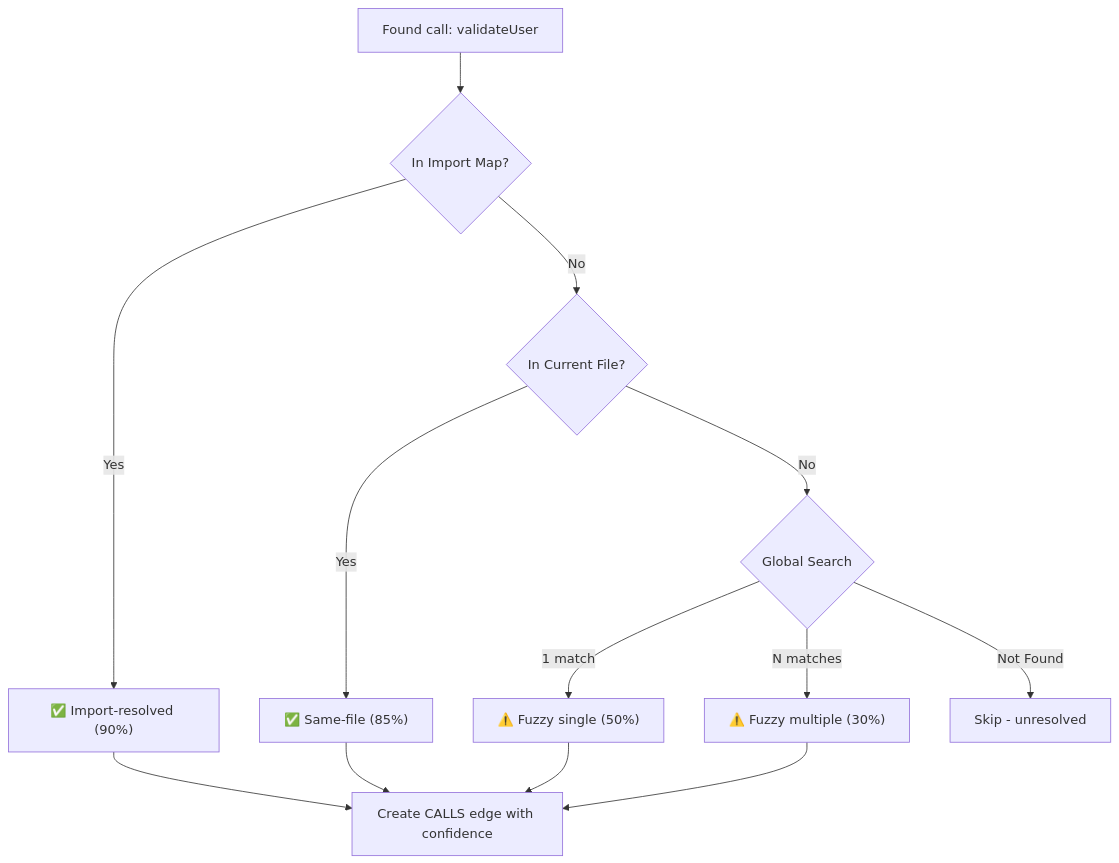
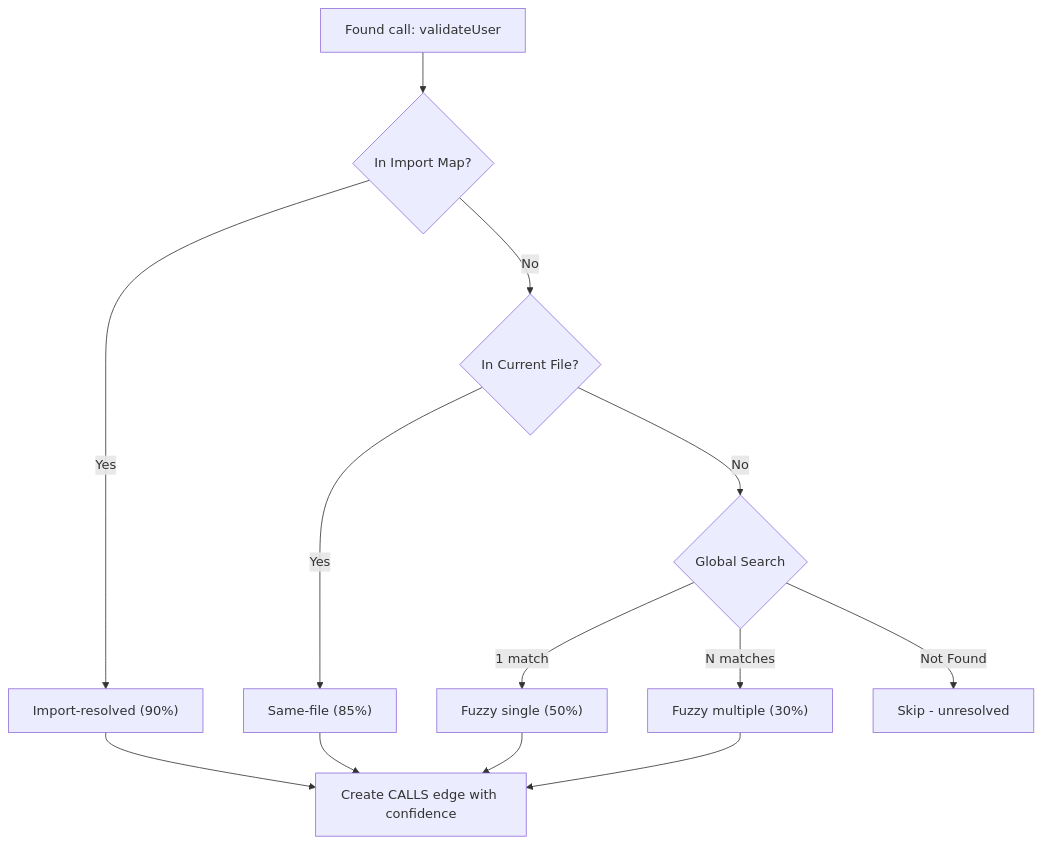
Before and after one commit to OliverNyx/NexusAI: the fourth of 6 diagrams in README.md, drawn with Mermaid. The commit also changed other lines of this file and 32 other files, not shown here.

````diff
--- a/README.md
+++ b/README.md
@@ -164,13 +342,13 @@
 ```mermaid
 flowchart TD
     CALL["Found call: validateUser"] --> CHECK1{"In Import Map?"}
-    CHECK1 -->|Yes| FOUND1["✅ Import-resolved (90%)"]
+    CHECK1 -->|Yes| FOUND1["Import-resolved (90%)"]
     CHECK1 -->|No| CHECK2{"In Current File?"}
-    CHECK2 -->|Yes| FOUND2["✅ Same-file (85%)"]
+    CHECK2 -->|Yes| FOUND2["Same-file (85%)"]
     CHECK2 -->|No| CHECK3{"Global Search"}
-    CHECK3 -->|1 match| FOUND3["⚠️ Fuzzy single (50%)"]
-    CHECK3 -->|N matches| FOUND4["⚠️ Fuzzy multiple (30%)"]
+    CHECK3 -->|1 match| FOUND3["Fuzzy single (50%)"]
+    CHECK3 -->|N matches| FOUND4["Fuzzy multiple (30%)"]
     CHECK3 -->|Not Found| SKIP["Skip - unresolved"]
-    
+
     FOUND1 & FOUND2 & FOUND3 & FOUND4 --> EDGE["Create CALLS edge with confidence"]
 ```
````
